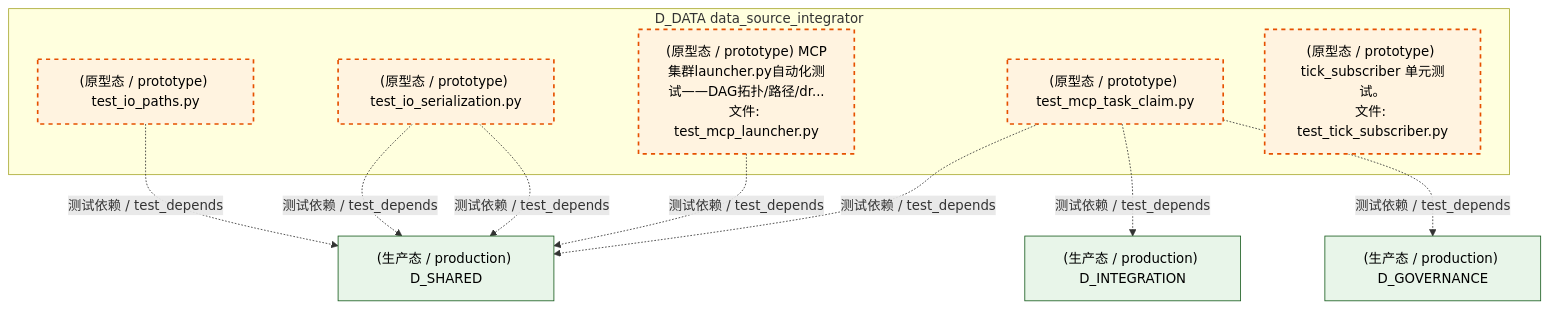
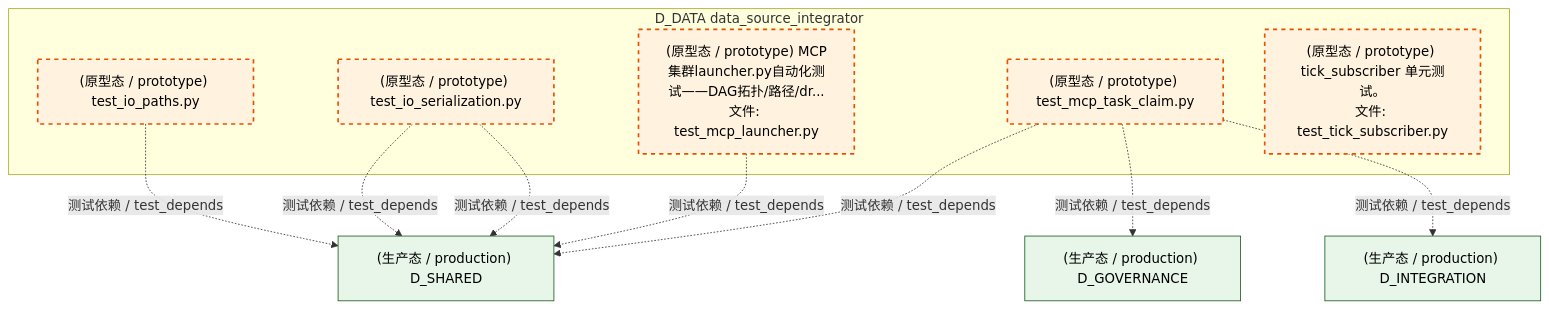
The third of 6 diagrams in docs/02_enterprise_architecture/02_domain_architecture_docs/61_d_data.md (xuanFelixVan/ZephyrAlpha), drawn with Mermaid before and after one commit. The commit also changed other lines of this file and 126 other files, not shown here.

````diff
--- a/docs/02_enterprise_architecture/02_domain_architecture_docs/61_d_data.md
+++ b/docs/02_enterprise_architecture/02_domain_architecture_docs/61_d_data.md
@@ -311,26 +311,26 @@
 ```mermaid
 graph TD
     subgraph D_DATA["D_DATA data_source_integrator"]
         tests_io_test_io_paths_py["(原型态 / prototype) test_io_paths.py"]
         tests_io_test_io_serialization_py["(原型态 / prototype) test_io_serialization.py"]
         tests_io_test_mcp_launcher_py["(原型态 / prototype) MCP集群launcher.py自动化测试——DAG拓扑/路径/dr...<br/>文件: test_mcp_launcher.py"]
         tests_io_test_mcp_task_claim_py["(原型态 / prototype) test_mcp_task_claim.py"]
         tests_zephyr_data_test_tick_subscriber_py["(原型态 / prototype) tick_subscriber 单元测试。<br/>文件: test_tick_subscriber.py"]
     end
     D_SHARED["(生产态 / production) D_SHARED"]
-    tests_io_test_mcp_task_claim_py -.->|测试依赖 / test_depends| D_SHARED
     tests_io_test_mcp_launcher_py -.->|测试依赖 / test_depends| D_SHARED
     D_INTEGRATION["(生产态 / production) D_INTEGRATION"]
     tests_io_test_mcp_task_claim_py -.->|测试依赖 / test_depends| D_INTEGRATION
     tests_io_test_io_serialization_py -.->|测试依赖 / test_depends| D_SHARED
     D_GOVERNANCE["(生产态 / production) D_GOVERNANCE"]
     tests_io_test_mcp_task_claim_py -.->|测试依赖 / test_depends| D_GOVERNANCE
     tests_io_test_io_serialization_py -.->|测试依赖 / test_depends| D_SHARED
+    tests_io_test_mcp_task_claim_py -.->|测试依赖 / test_depends| D_SHARED
     tests_io_test_io_paths_py -.->|测试依赖 / test_depends| D_SHARED
     classDef production fill:#e1f5fe,stroke:#01579b,stroke-width:2px,color:#000
     classDef design fill:#fff3e0,stroke:#e65100,stroke-width:2px,color:#000,stroke-dasharray: 5 5
     classDef external_prod fill:#e8f5e9,stroke:#1b5e20,stroke-width:1px,color:#000
     classDef external_design fill:#fce4ec,stroke:#880e4f,stroke-width:1px,color:#000,stroke-dasharray: 5 5
     class tests_io_test_io_paths_py,tests_io_test_io_serialization_py,tests_io_test_mcp_launcher_py,tests_io_test_mcp_task_claim_py,tests_zephyr_data_test_tick_subscriber_py design
     class D_SHARED,D_INTEGRATION,D_GOVERNANCE external_prod
 ```
````
